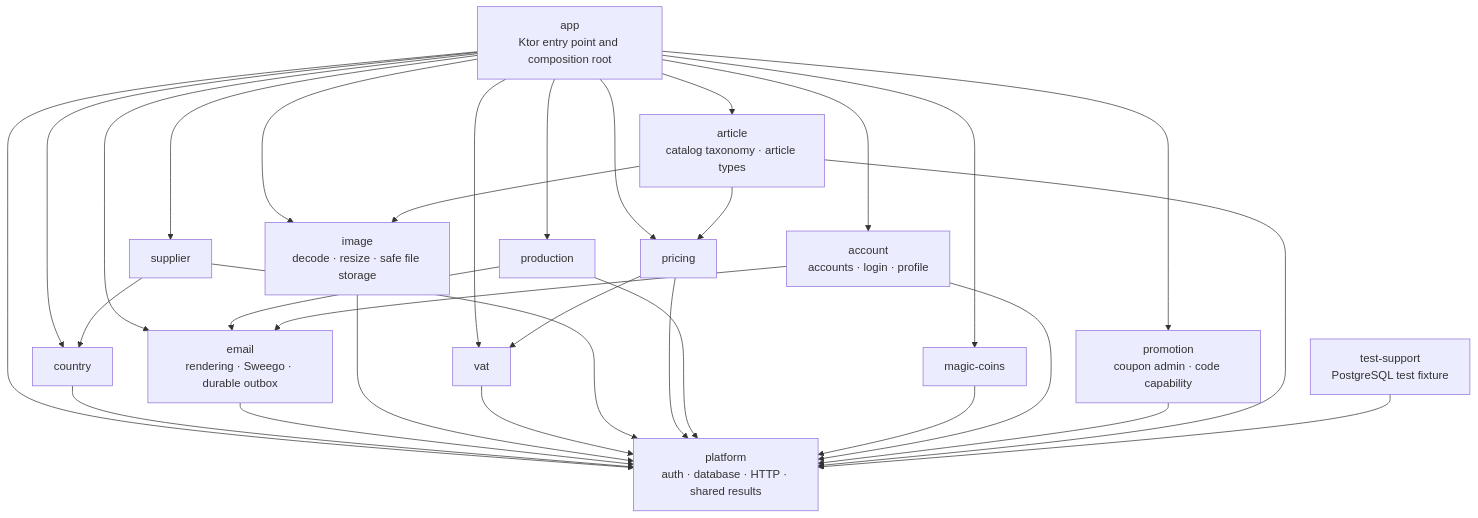
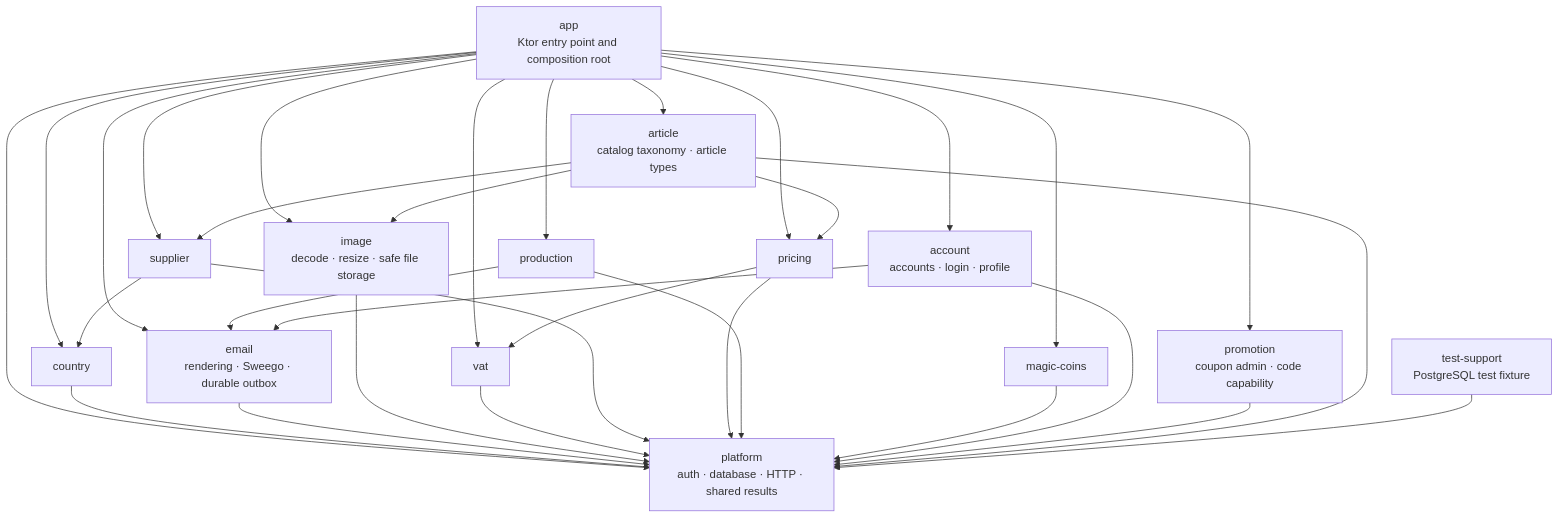
Before and after one commit to bitstorm-tech/voenix-shop-kotlin: the diagram in docs/dev/backend/module-architecture.md, drawn with Mermaid. The commit also changed other lines of this file and 18 other files, not shown here.

````diff
--- a/docs/dev/backend/module-architecture.md
+++ b/docs/dev/backend/module-architecture.md
@@ -34,48 +34,49 @@
 ```mermaid
 flowchart TD
     App["app<br/>Ktor entry point and composition root"]
     Platform["platform<br/>auth · database · HTTP · shared results"]
     Country["country"]
     Email["email<br/>rendering · Sweego · durable outbox"]
     Image["image<br/>decode · resize · safe file storage"]
     Vat["vat"]
     Supplier["supplier"]
     Pricing["pricing"]
     Production["production"]
     MagicCoins["magic-coins"]
     Account["account<br/>accounts · login · profile"]
     Promotion["promotion<br/>coupon admin · code capability"]
     Article["article<br/>catalog taxonomy · article types"]
     TestSupport["test-support<br/>PostgreSQL test fixture"]
 
     App --> Platform
     App --> Account
     App --> Country
     App --> Email
     App --> Image
     App --> Vat
     App --> Supplier
     App --> Pricing
     App --> Production
     App --> MagicCoins
     App --> Promotion
     App --> Article
     Country --> Platform
     Email --> Platform
     Image --> Platform
     Vat --> Platform
     Supplier --> Platform
     Supplier --> Country
     Pricing --> Platform
     Pricing --> Vat
     Production --> Platform
     Production --> Email
     MagicCoins --> Platform
     Account --> Platform
     Account --> Email
     Promotion --> Platform
     Article --> Platform
     Article --> Image
     Article --> Pricing
+    Article --> Supplier
     TestSupport --> Platform
 ```
````
